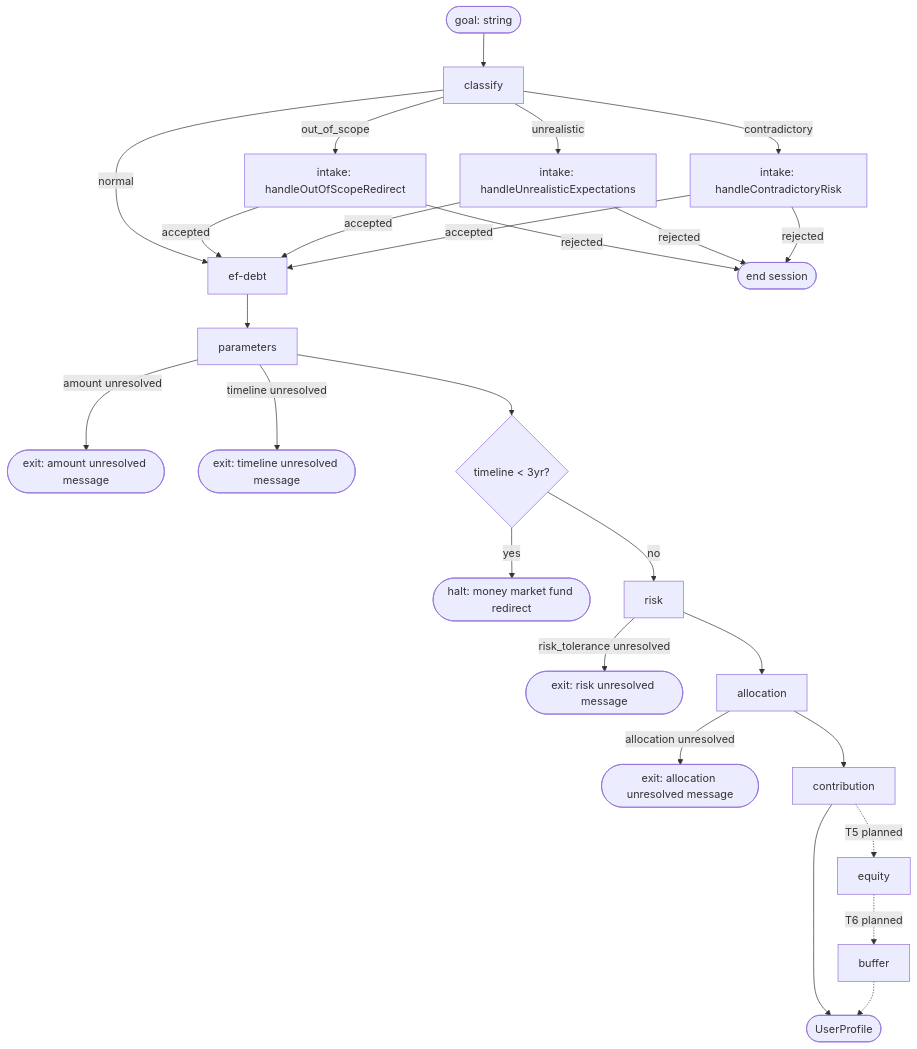
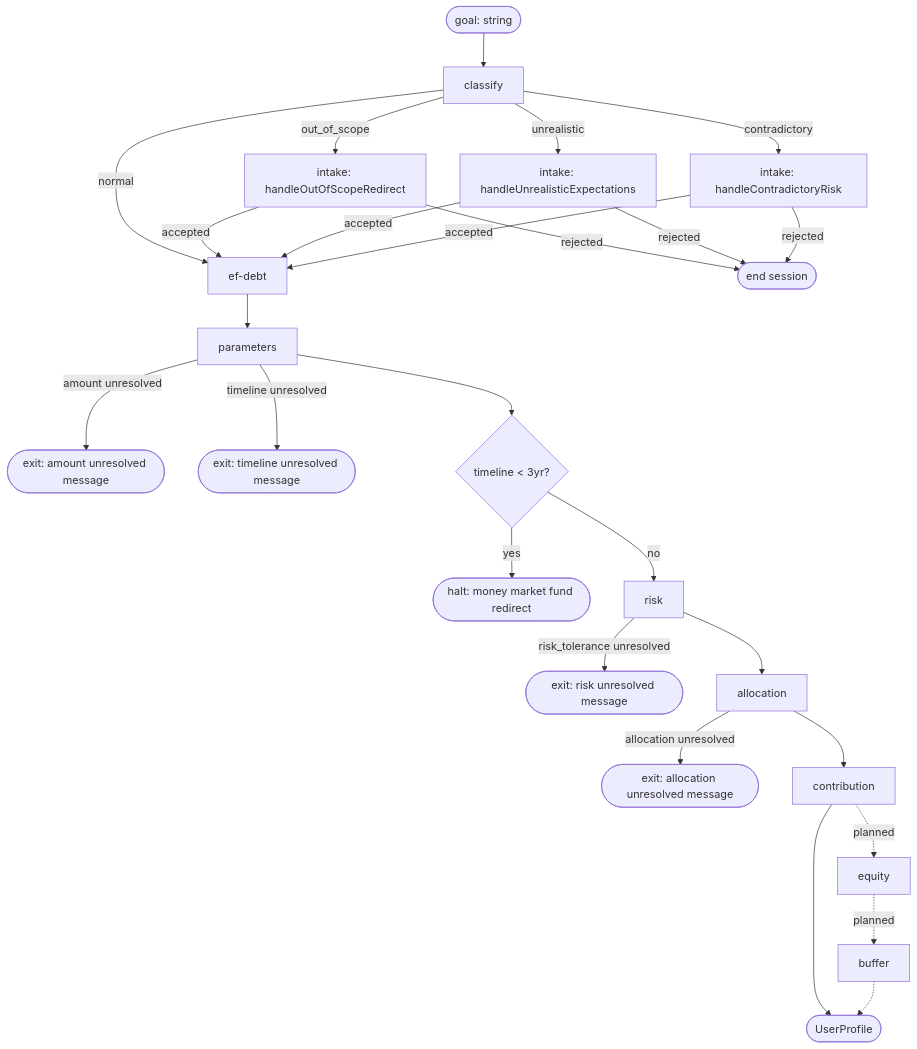
One commit to itayg43/lazy-advisor changed the diagram in documentation/ARCHITECTURE.md. Above: the diagram before and after it, drawn with Mermaid. The commit also changed other lines of this file and 4 other files, not shown here.

First line of the commit message:
docs: consolidate ARCHITECTURE-NOTES and align CONVENTIONS/TESTING

````diff
--- a/documentation/ARCHITECTURE.md
+++ b/documentation/ARCHITECTURE.md
@@ -11,30 +11,30 @@
 ```mermaid
 flowchart TD
     Start([goal: string]) --> Classify[classify]
     Classify -->|normal| EfDebt[ef-debt]
     Classify -->|out_of_scope| OOS[intake: handleOutOfScopeRedirect]
     Classify -->|unrealistic| Unreal[intake: handleUnrealisticExpectations]
     Classify -->|contradictory| Contra[intake: handleContradictoryRisk]
 
     OOS -->|accepted| EfDebt
     OOS -->|rejected| End([end session])
     Unreal -->|accepted| EfDebt
     Unreal -->|rejected| End
     Contra -->|accepted| EfDebt
     Contra -->|rejected| End
 
     EfDebt --> Parameters[parameters]
     Parameters -->|amount unresolved| ExitAmount([exit: amount unresolved message])
     Parameters -->|timeline unresolved| ExitTimeline([exit: timeline unresolved message])
     Parameters --> ShortHorizon{timeline < 3yr?}
     ShortHorizon -->|yes| ExitShort([halt: money market fund redirect])
     ShortHorizon -->|no| Risk[risk]
     Risk -->|risk_tolerance unresolved| ExitRisk([exit: risk unresolved message])
     Risk --> Allocation[allocation]
     Allocation -->|allocation unresolved| ExitAllocation([exit: allocation unresolved message])
     Allocation --> Contribution[contribution]
     Contribution --> Profile([UserProfile])
-    Contribution -.->|T5 planned| Equity[equity]
-    Equity -.->|T6 planned| Buffer[buffer]
+    Contribution -.->|planned| Equity[equity]
+    Equity -.->|planned| Buffer[buffer]
     Buffer -.-> Profile
 ```
````
